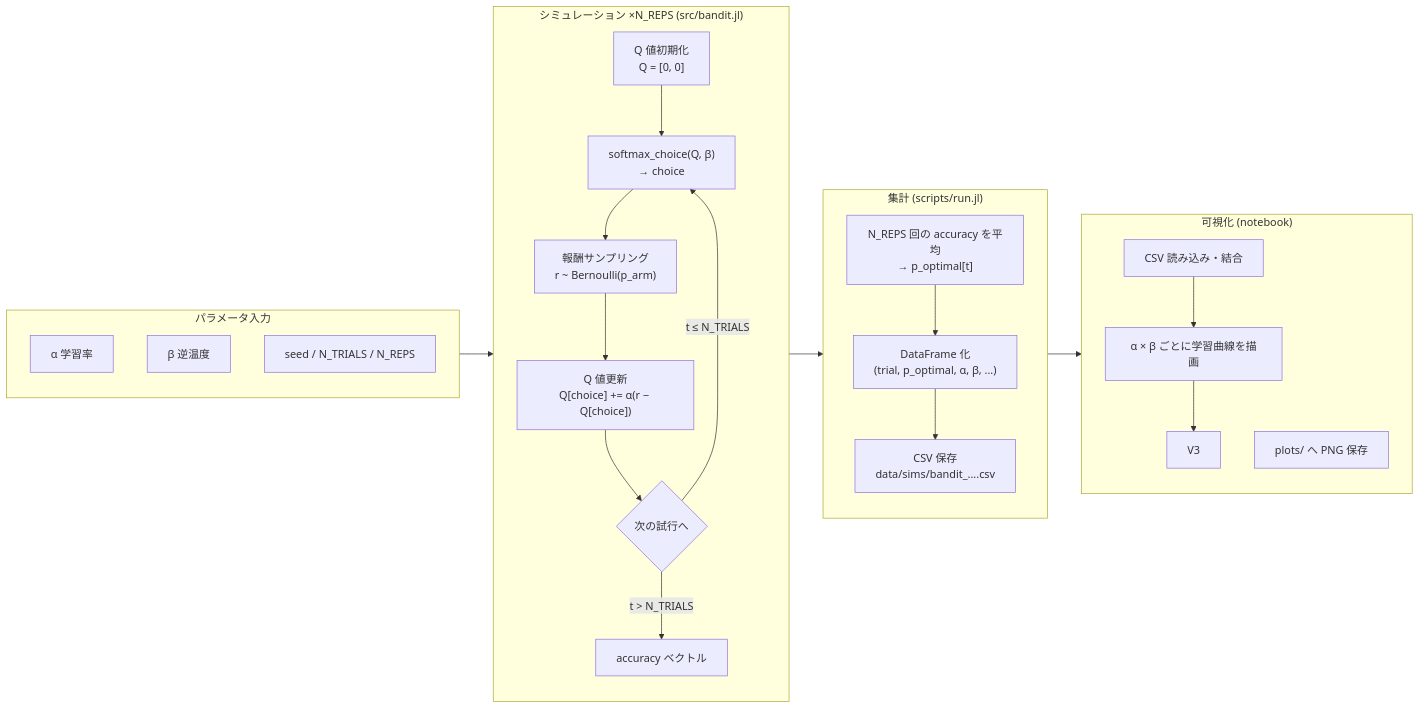
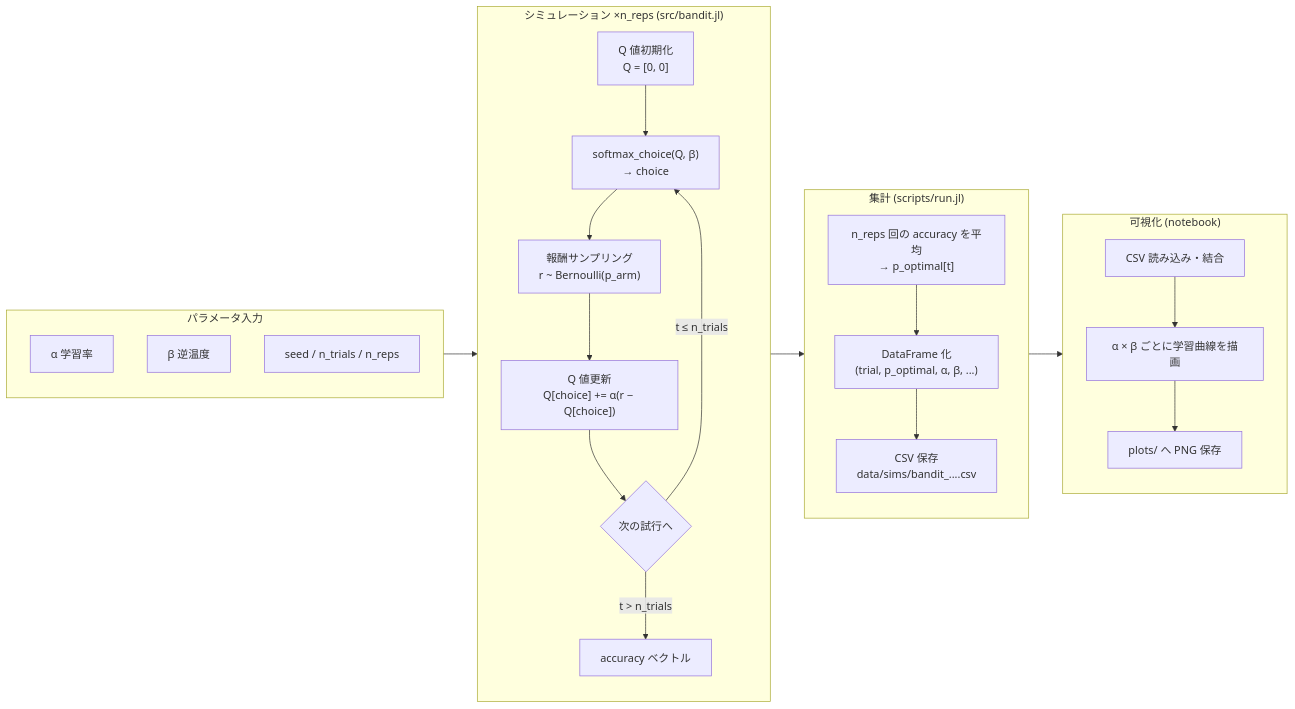
One commit to oyo-k/BanditTutorial changed the second of 2 diagrams in README.md. Above: the diagram before and after it, drawn with Mermaid. The commit also changed other lines of this file and 2 other files, not shown here.

````diff
--- a/README.md
+++ b/README.md
@@ -47,38 +47,38 @@
 ```mermaid
 flowchart LR
     subgraph Params["パラメータ入力"]
         P1[α 学習率]
         P2[β 逆温度]
-        P3[seed / N_TRIALS / N_REPS]
+        P3[seed / n_trials / n_reps]
     end
 
-    subgraph Sim["シミュレーション ×N_REPS (src/bandit.jl)"]
+    subgraph Sim["シミュレーション ×n_reps (src/bandit.jl)"]
         direction TB
         S1["Q 値初期化<br/>Q = [0, 0]"]
         S2["softmax_choice(Q, β)<br/>→ choice"]
         S3["報酬サンプリング<br/>r ~ Bernoulli(p_arm)"]
         S4["Q 値更新<br/>Q[choice] += α(r − Q[choice])"]
         S5{次の試行へ}
         S1 --> S2 --> S3 --> S4 --> S5
-        S5 -->|t ≤ N_TRIALS| S2
-        S5 -->|t > N_TRIALS| S6[accuracy ベクトル]
+        S5 -->|t ≤ n_trials| S2
+        S5 -->|t > n_trials| S6[accuracy ベクトル]
     end
 
     subgraph Agg["集計 (scripts/run.jl)"]
-        A1["N_REPS 回の accuracy を平均<br/>→ p_optimal[t]"]
+        A1["n_reps 回の accuracy を平均<br/>→ p_optimal[t]"]
         A2["DataFrame 化<br/>(trial, p_optimal, α, β, ...)"]
         A3["CSV 保存<br/>data/sims/bandit_....csv"]
         A1 --> A2 --> A3
     end
 
     subgraph Viz["可視化 (notebook)"]
         V1["CSV 読み込み・結合"]
         V2["α × β ごとに学習曲線を描画"]
-        V4["plots/ へ PNG 保存"]
+        V3["plots/ へ PNG 保存"]
         V1 --> V2 --> V3
     end
 
     Params --> Sim
     S6 --> Agg
     Agg --> Viz
 ```
````
